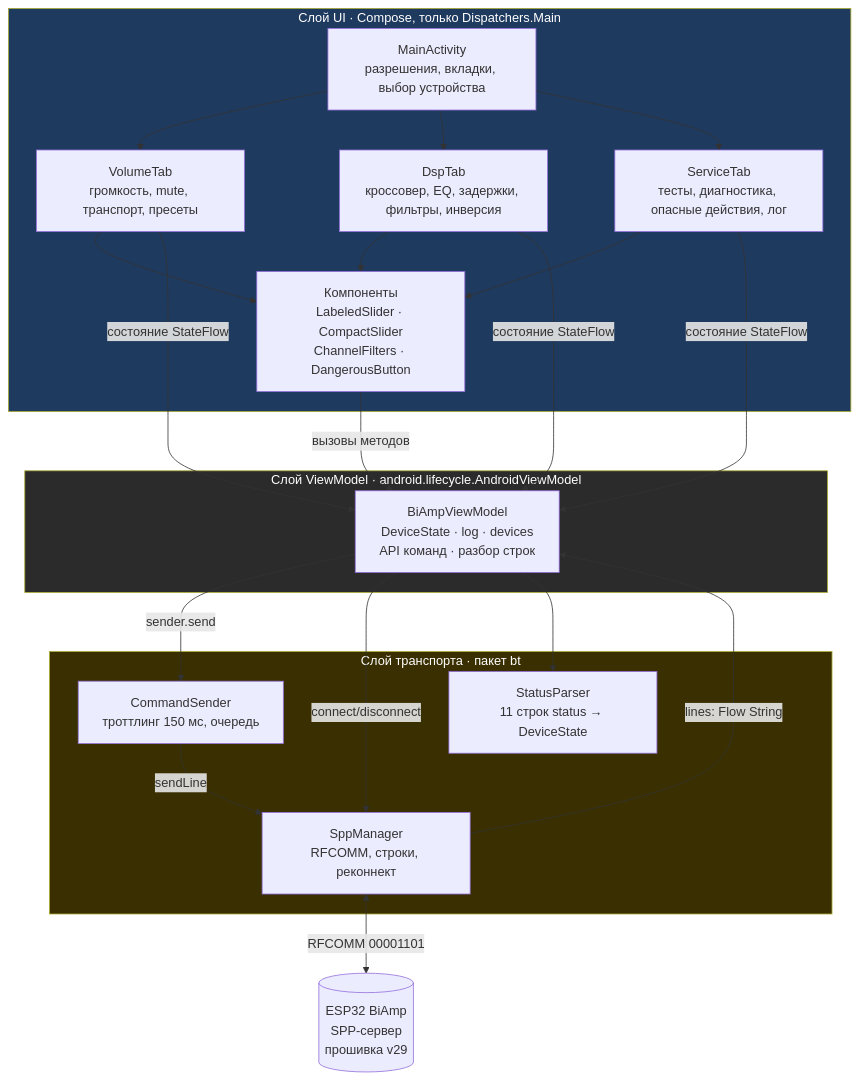
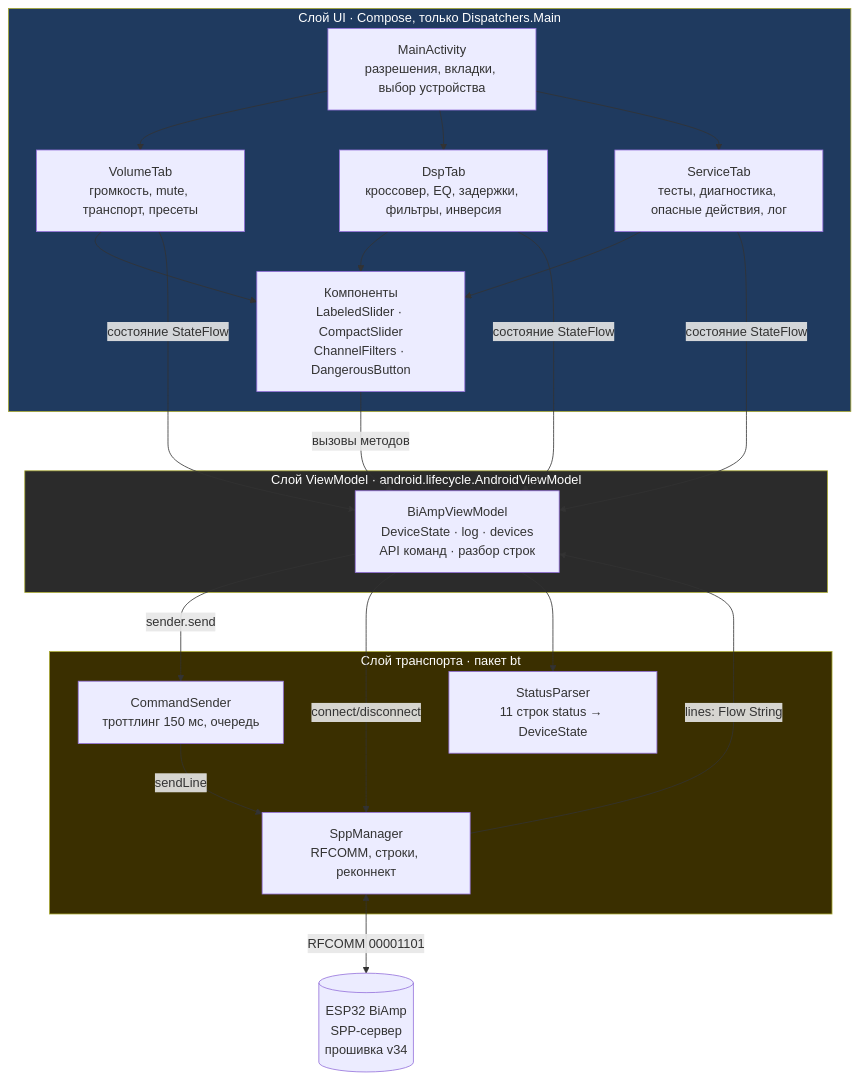
The first of 4 diagrams in android-app/docs/DOCUMENTATION.md (ZDarow/esp32-biamp), drawn with Mermaid before and after one commit. The commit also changed other lines of this file and 13 other files, not shown here.

````diff
--- a/android-app/docs/DOCUMENTATION.md
+++ b/android-app/docs/DOCUMENTATION.md
@@ -72,41 +72,41 @@
 ```mermaid
 flowchart TB
     subgraph UI["Слой UI · Compose, только Dispatchers.Main"]
         MA["MainActivity<br/>разрешения, вкладки, выбор устройства"]
         VT["VolumeTab<br/>громкость, mute, транспорт, пресеты"]
         DT["DspTab<br/>кроссовер, EQ, задержки, фильтры, инверсия"]
         ST["ServiceTab<br/>тесты, диагностика, опасные действия, лог"]
         CMP["Компоненты<br/>LabeledSlider · CompactSlider<br/>ChannelFilters · DangerousButton"]
         MA --> VT
         MA --> DT
         MA --> ST
         VT --> CMP
         DT --> CMP
         ST --> CMP
     end
 
     subgraph VM["Слой ViewModel · android.lifecycle.AndroidViewModel"]
         VMM["BiAmpViewModel<br/>DeviceState · log · devices<br/>API команд · разбор строк"]
     end
 
     subgraph BT["Слой транспорта · пакет bt"]
         SM["SppManager<br/>RFCOMM, строки, реконнект"]
         CS["CommandSender<br/>троттлинг 150 мс, очередь"]
         SP["StatusParser<br/>11 строк status → DeviceState"]
     end
 
-    ESP[("ESP32 BiAmp<br/>SPP-сервер<br/>прошивка v29")]
+    ESP[("ESP32 BiAmp<br/>SPP-сервер<br/>прошивка v34")]
 
     VT & DT & ST -->|состояние StateFlow| VMM
     CMP -->|вызовы методов| VMM
     VMM -->|sender.send| CS
     CS -->|sendLine| SM
     VMM -->|connect/disconnect| SM
     SM -->|lines: Flow String| VMM
     VMM --> SP
     SM <-->|RFCOMM 00001101| ESP
 
     style UI fill:#1f3a5f,color:#fff
     style VM fill:#2b2b2b,color:#fff
     style BT fill:#3a2f00,color:#fff
 ```
````
